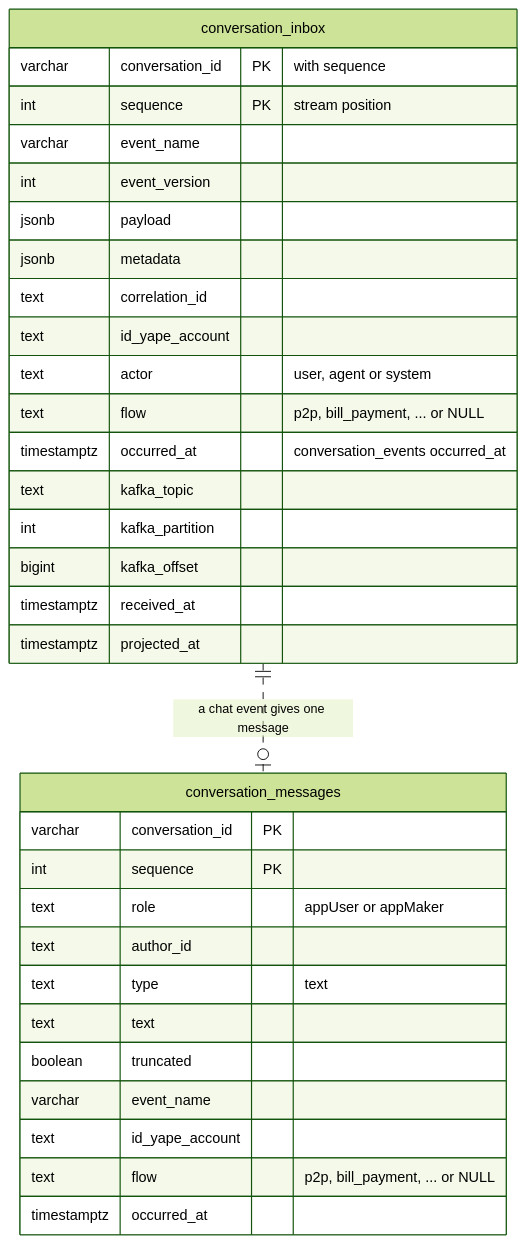
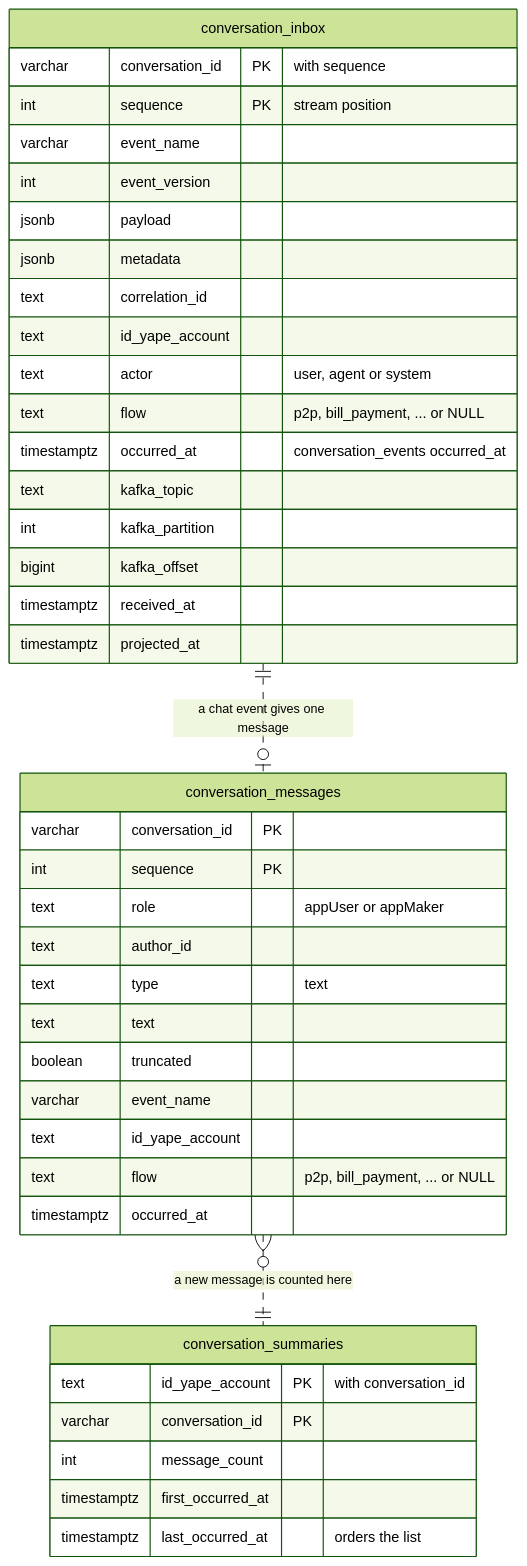
Before and after one commit to m-almeida-p/ms-ml-conv-history-bs: the second of 3 diagrams in docs/design.md, drawn with Mermaid (forest theme). The commit also changed other lines of this file and 3 other files, not shown here.

First line of the commit message:
docs: describe the conversation summaries, the position cursor and the request deadline

````diff
--- a/docs/design.md
+++ b/docs/design.md
@@ -89,35 +89,43 @@
 ```mermaid
 erDiagram
     conversation_inbox {
         varchar conversation_id PK "with sequence"
         int sequence PK "stream position"
         varchar event_name
         int event_version
         jsonb payload
         jsonb metadata
         text correlation_id
         text id_yape_account
         text actor "user, agent or system"
         text flow "p2p, bill_payment, ... or NULL"
         timestamptz occurred_at "conversation_events occurred_at"
         text kafka_topic
         int kafka_partition
         bigint kafka_offset
         timestamptz received_at
         timestamptz projected_at
     }
     conversation_messages {
         varchar conversation_id PK
         int sequence PK
         text role "appUser or appMaker"
         text author_id
         text type "text"
         text text
         boolean truncated
         varchar event_name
         text id_yape_account
         text flow "p2p, bill_payment, ... or NULL"
         timestamptz occurred_at
     }
+    conversation_summaries {
+        text id_yape_account PK "with conversation_id"
+        varchar conversation_id PK
+        int message_count
+        timestamptz first_occurred_at
+        timestamptz last_occurred_at "orders the list"
+    }
     conversation_inbox ||..o| conversation_messages : "a chat event gives one message"
+    conversation_messages }o..|| conversation_summaries : "a new message is counted here"
 ```
````
